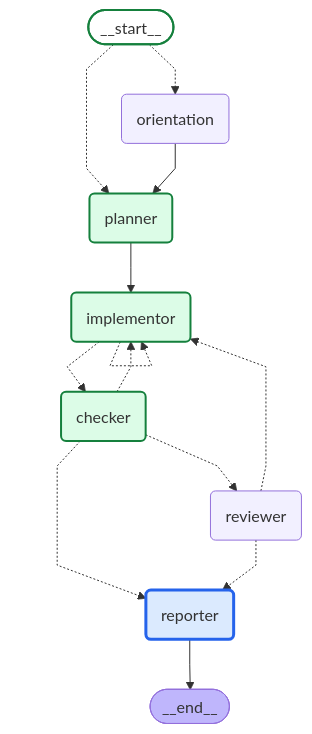
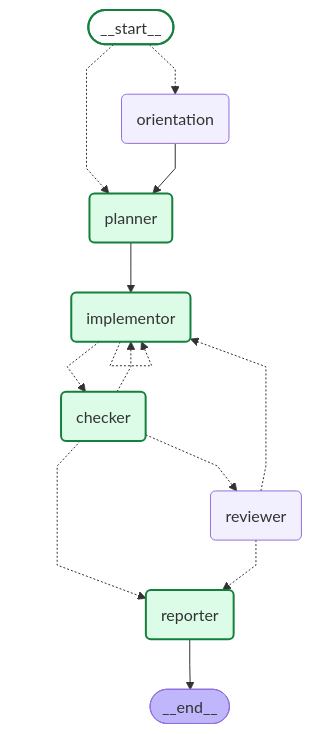
Before and after one commit to daniell0gda/hermes-feature-check-dashboard: the diagram in runs/20260809-155005-827f90/graph.mmd, drawn with Mermaid. The commit also changed 11 other files, not shown here.

```diff
--- a/runs/20260809-155005-827f90/graph.mmd
+++ b/runs/20260809-155005-827f90/graph.mmd
@@ -1,38 +1,38 @@
 ---
 config:
   flowchart:
     curve: linear
 ---
 graph TD;
 	__start__([<p>__start__</p>]):::first
 	orientation(orientation)
 	planner(planner)
 	implementor(implementor)
 	checker(checker)
 	reviewer(reviewer)
 	reporter(reporter)
 	__end__([<p>__end__</p>]):::last
 	__start__ -.-> orientation;
 	__start__ -.-> planner;
 	checker -.-> implementor;
 	checker -.-> reporter;
 	checker -.-> reviewer;
 	implementor -.-> checker;
 	orientation --> planner;
 	planner --> implementor;
 	reviewer -.-> implementor;
 	reviewer -.-> reporter;
 	reporter --> __end__;
 	implementor -.-> implementor;
 	classDef default fill:#f2f0ff,line-height:1.2
 	classDef first fill-opacity:0
 	classDef last fill:#bfb6fc
 
 classDef done fill:#dcfce7,stroke:#15803d,stroke-width:2px;
 classDef active fill:#dbeafe,stroke:#2563eb,stroke-width:3px;
 classDef failed fill:#fee2e2,stroke:#b42318,stroke-width:2px;
-class reporter active;
+class reporter done;
 class implementor done;
 class checker done;
 class planner done;
 class __start__ done;
```
